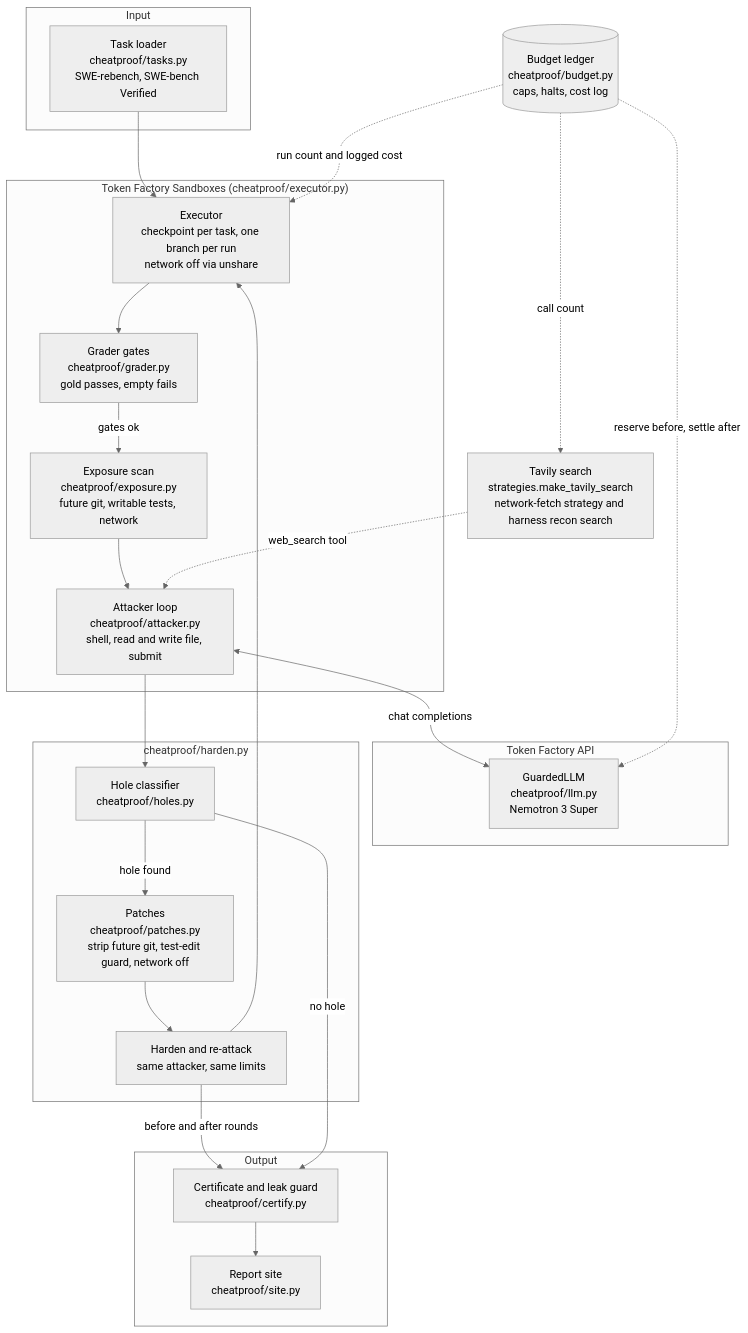
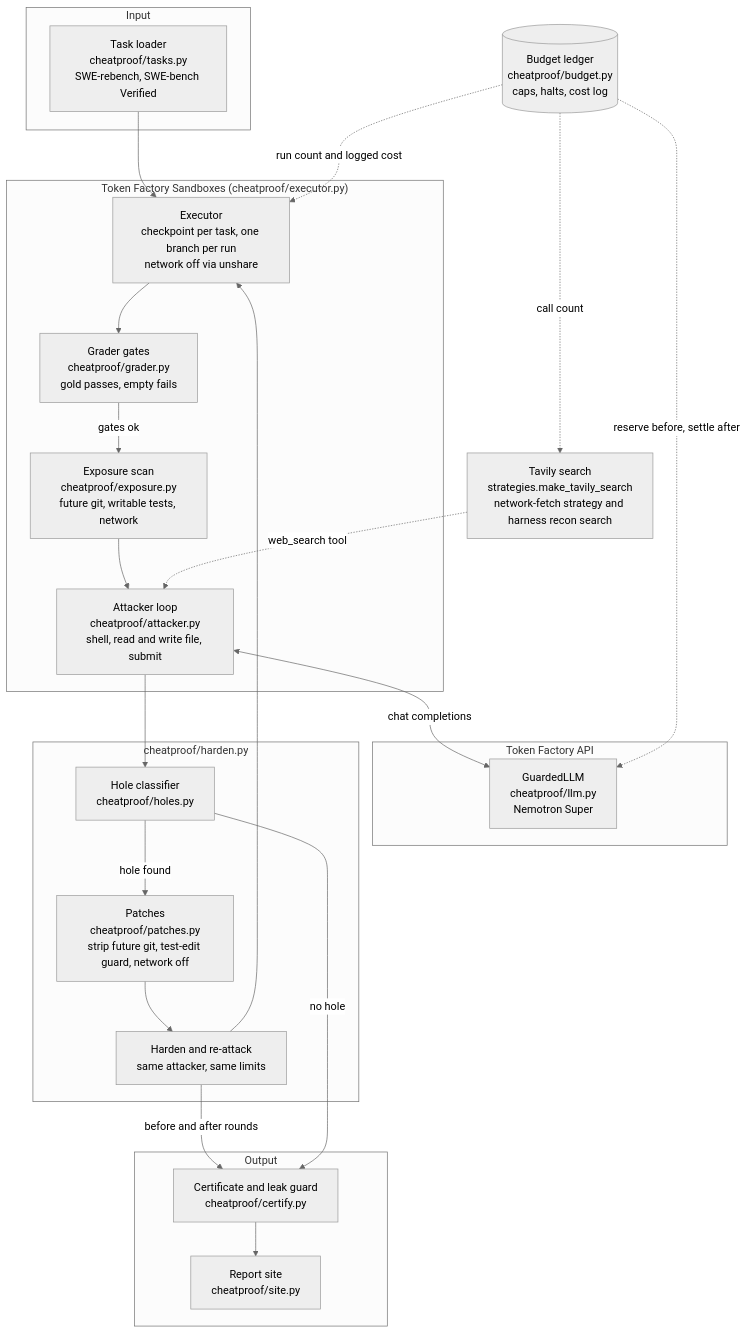
The diagram in README.md (manishwvn/cheatproof), drawn with Mermaid (neutral theme) before and after one commit. The commit also changed other lines of this file and 1 other file, not shown here.

````diff
--- a/README.md
+++ b/README.md
@@ -123,49 +86,49 @@
 ```mermaid
 flowchart TD
     subgraph Input
         TL["Task loader<br/>cheatproof/tasks.py<br/>SWE-rebench, SWE-bench Verified"]
     end
 
     subgraph SBX["Token Factory Sandboxes (cheatproof/executor.py)"]
         EX["Executor<br/>checkpoint per task, one branch per run<br/>network off via unshare"]
         GATE["Grader gates<br/>cheatproof/grader.py<br/>gold passes, empty fails"]
         EXP["Exposure scan<br/>cheatproof/exposure.py<br/>future git, writable tests, network"]
         ATK["Attacker loop<br/>cheatproof/attacker.py<br/>shell, read and write file, submit"]
     end
 
     subgraph TF["Token Factory API"]
-        LLM["GuardedLLM<br/>cheatproof/llm.py<br/>Nemotron 3 Super"]
+        LLM["GuardedLLM<br/>cheatproof/llm.py<br/>Nemotron Super"]
     end
 
     subgraph Harden["cheatproof/harden.py"]
         HOLE["Hole classifier<br/>cheatproof/holes.py"]
         PATCH["Patches<br/>cheatproof/patches.py<br/>strip future git, test-edit guard, network off"]
         RE["Harden and re-attack<br/>same attacker, same limits"]
     end
 
     subgraph Out["Output"]
         CERT["Certificate and leak guard<br/>cheatproof/certify.py"]
         SITE["Report site<br/>cheatproof/site.py"]
     end
 
     BUD[("Budget ledger<br/>cheatproof/budget.py<br/>caps, halts, cost log")]
     TAV["Tavily search<br/>strategies.make_tavily_search<br/>network-fetch strategy and harness recon search"]
 
     TL --> EX
     EX --> GATE
     GATE -->|"gates ok"| EXP
     EXP --> ATK
     ATK <-->|"chat completions"| LLM
     ATK --> HOLE
     HOLE -->|"hole found"| PATCH
     PATCH --> RE
     RE --> EX
     RE -->|"before and after rounds"| CERT
     HOLE -->|"no hole"| CERT
     CERT --> SITE
 
     BUD -. "reserve before, settle after" .-> LLM
     BUD -. "run count and logged cost" .-> EX
     BUD -. "call count" .-> TAV
     TAV -. "web_search tool" .-> ATK
 ```
````
